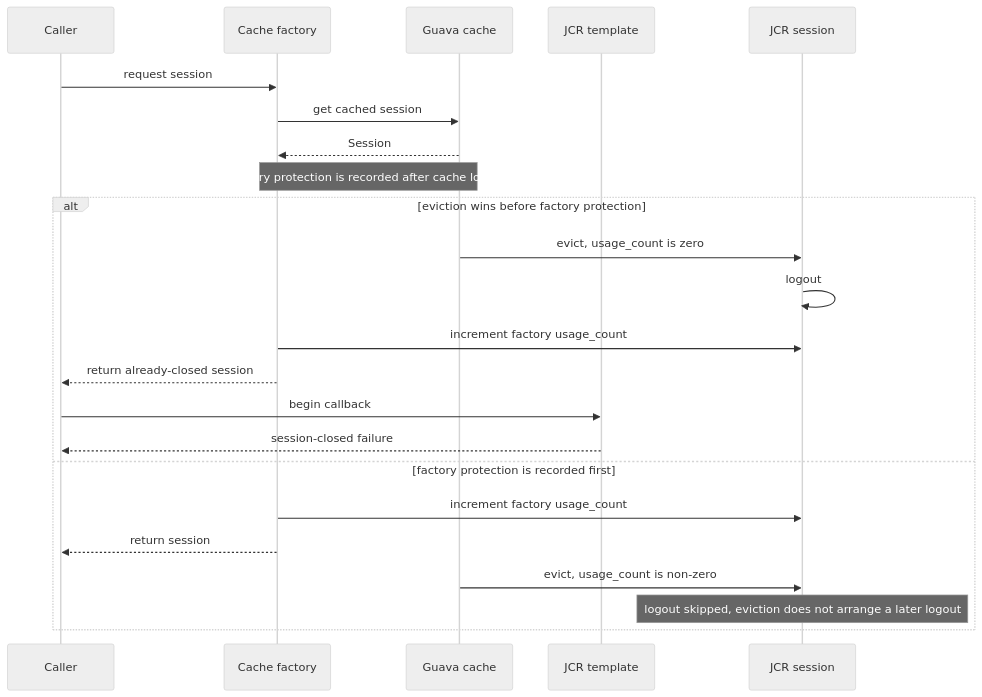
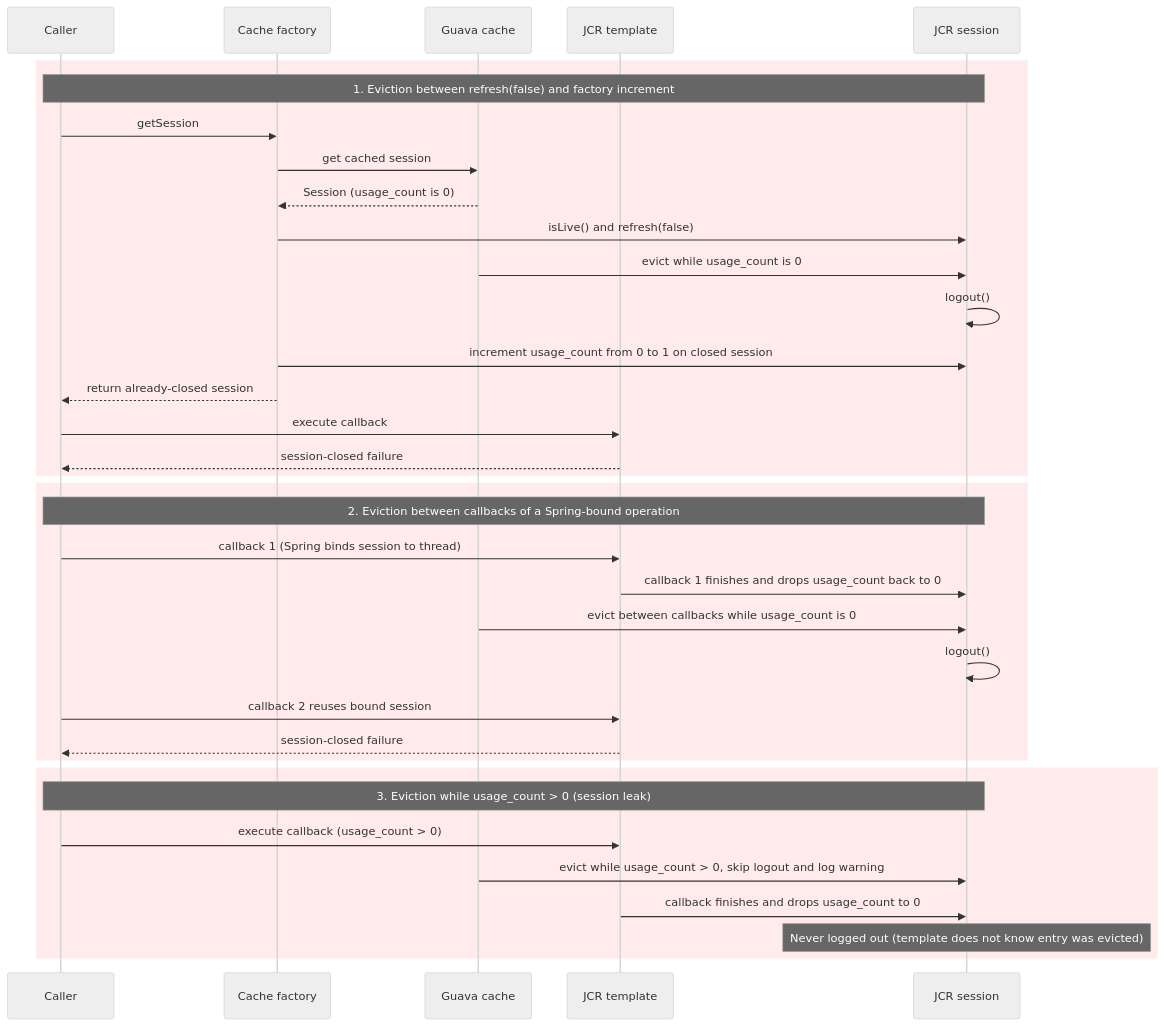
Before and after one commit to pentaho/pentaho-platform: the first of 5 diagrams in docs/BISERVER-15667-JCR-CACHED-SESSION-LIFECYCLE.md, drawn with Mermaid (neutral theme). The commit also changed other lines of this file, not shown here.

Commit message:
docs: clarify cached session lifecycle flows [BISERVER-15667]

````diff
--- a/docs/BISERVER-15667-JCR-CACHED-SESSION-LIFECYCLE.md
+++ b/docs/BISERVER-15667-JCR-CACHED-SESSION-LIFECYCLE.md
@@ -34,26 +38,40 @@
 ```mermaid
 sequenceDiagram
   participant Caller
   participant Factory as Cache factory
   participant Cache as Guava cache
   participant Template as JCR template
   participant Session as JCR session
 
-  Caller->>Factory: request session
-  Factory->>Cache: get cached session
-  Cache-->>Factory: Session
-  Note over Factory,Cache: Factory protection is recorded after cache lookup
-  alt eviction wins before factory protection
-    Cache->>Session: evict, usage_count is zero
-    Session->>Session: logout
-    Factory->>Session: increment factory usage_count
+  rect rgb(255, 235, 235)
+    Note over Caller,Session: 1. Eviction between refresh(false) and factory increment
+    Caller->>Factory: getSession
+    Factory->>Cache: get cached session
+    Cache-->>Factory: Session (usage_count is 0)
+    Factory->>Session: isLive() and refresh(false)
+    Cache->>Session: evict while usage_count is 0
+    Session->>Session: logout()
+    Factory->>Session: increment usage_count from 0 to 1 on closed session
     Factory-->>Caller: return already-closed session
-    Caller->>Template: begin callback
+    Caller->>Template: execute callback
     Template-->>Caller: session-closed failure
-  else factory protection is recorded first
-    Factory->>Session: increment factory usage_count
-    Factory-->>Caller: return session
-    Cache->>Session: evict, usage_count is non-zero
-    Note over Session: logout skipped, eviction does not arrange a later logout
+  end
+
+  rect rgb(255, 235, 235)
+    Note over Caller,Session: 2. Eviction between callbacks of a Spring-bound operation
+    Caller->>Template: callback 1 (Spring binds session to thread)
+    Template->>Session: callback 1 finishes and drops usage_count back to 0
+    Cache->>Session: evict between callbacks while usage_count is 0
+    Session->>Session: logout()
+    Caller->>Template: callback 2 reuses bound session
+    Template-->>Caller: session-closed failure
+  end
+
+  rect rgb(255, 235, 235)
+    Note over Caller,Session: 3. Eviction while usage_count > 0 (session leak)
+    Caller->>Template: execute callback (usage_count > 0)
+    Cache->>Session: evict while usage_count > 0, skip logout and log warning
+    Template->>Session: callback finishes and drops usage_count to 0
+    Note over Session: Never logged out (template does not know entry was evicted)
   end
 ```
````
